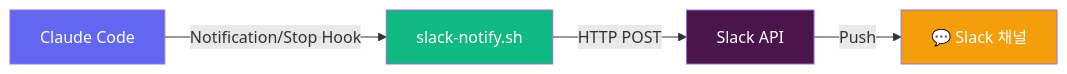
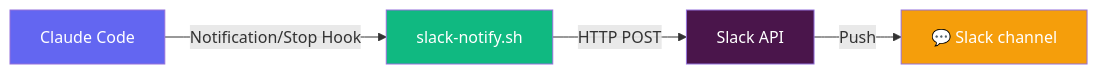
Before and after one commit to greeun/slack-notifier: the third of 3 diagrams in README.md, drawn with Mermaid. The commit also changed other lines of this file and 3 other files, not shown here.

````diff
--- a/README.md
+++ b/README.md
@@ -48,11 +48,11 @@
 ```mermaid
 flowchart LR
     A[Claude Code] -->|Notification/Stop Hook| B[slack-notify.sh]
     B -->|HTTP POST| C[Slack API]
-    C -->|Push| D[💬 Slack 채널]
+    C -->|Push| D[💬 Slack channel]
 
     style A fill:#6366f1,color:#fff
     style B fill:#10b981,color:#fff
     style C fill:#4A154B,color:#fff
     style D fill:#f59e0b,color:#fff
 ```
````
